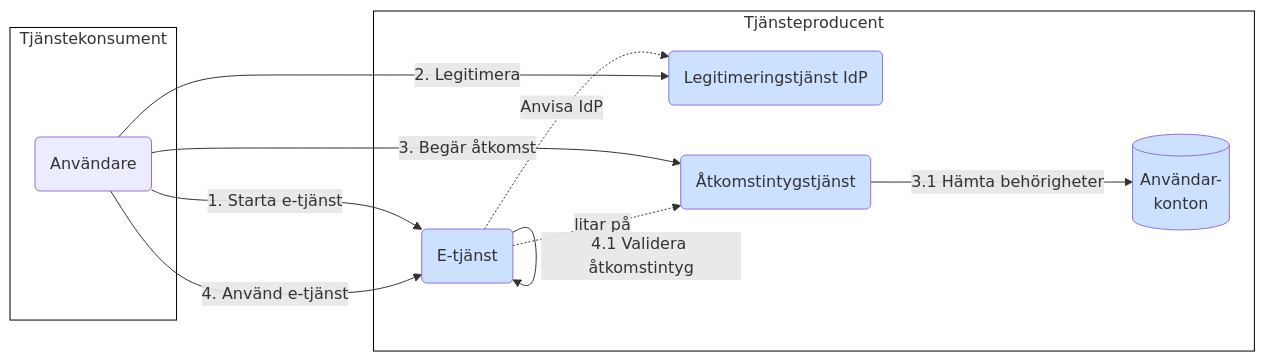
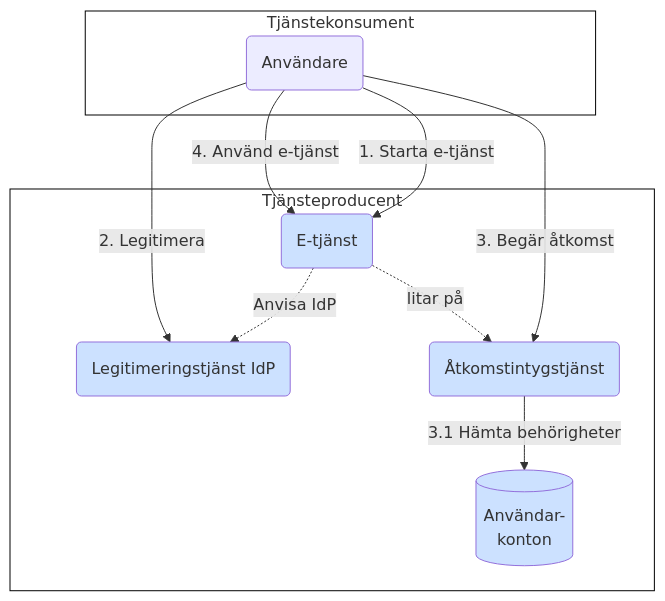
Before and after one commit to diggsweden/ena-authorization: the sixth of 9 diagrams in architecture/drafts/IAM_TargetArchitecture_Sweden.md, drawn with Mermaid. The commit also changed other lines of this file, not shown here.

Commit message:
Simplified some graphs

````diff
--- a/architecture/drafts/IAM_TargetArchitecture_Sweden.md
+++ b/architecture/drafts/IAM_TargetArchitecture_Sweden.md
@@ -242,30 +239,29 @@
 ```mermaid
-graph LR
+graph 
 classDef org fill:#F8E5A0
 classDef comp fill:#CCE1FF
 classDef box fill:#ffffff,stroke:#000000
 
 subgraph po[Tjänsteproducent]
     p(E-tjänst):::comp
     idp(Legitimeringstjänst IdP):::comp
     as(Åtkomstintygstjänst):::comp
     udb[(Användar-<br>konton)]:::comp
 end
 po:::box
 
 subgraph co[Tjänstekonsument]
     u(Användare)
 end
 co:::box
 
 idp ~~~ p
 
 u--<p>1. Starta e-tjänst-->p
 p-.Anvisa IdP.->idp
 u--<p>2. Legitimera-->idp
 u--<p>3. Begär åtkomst-->as
 as--<p>3.1 Hämta behörigheter-->udb
 u--<p>4. Använd e-tjänst-->p
 p-.litar på.->as
-p--<p>4.1 Validera åtkomstintyg-->p
 ```
````
